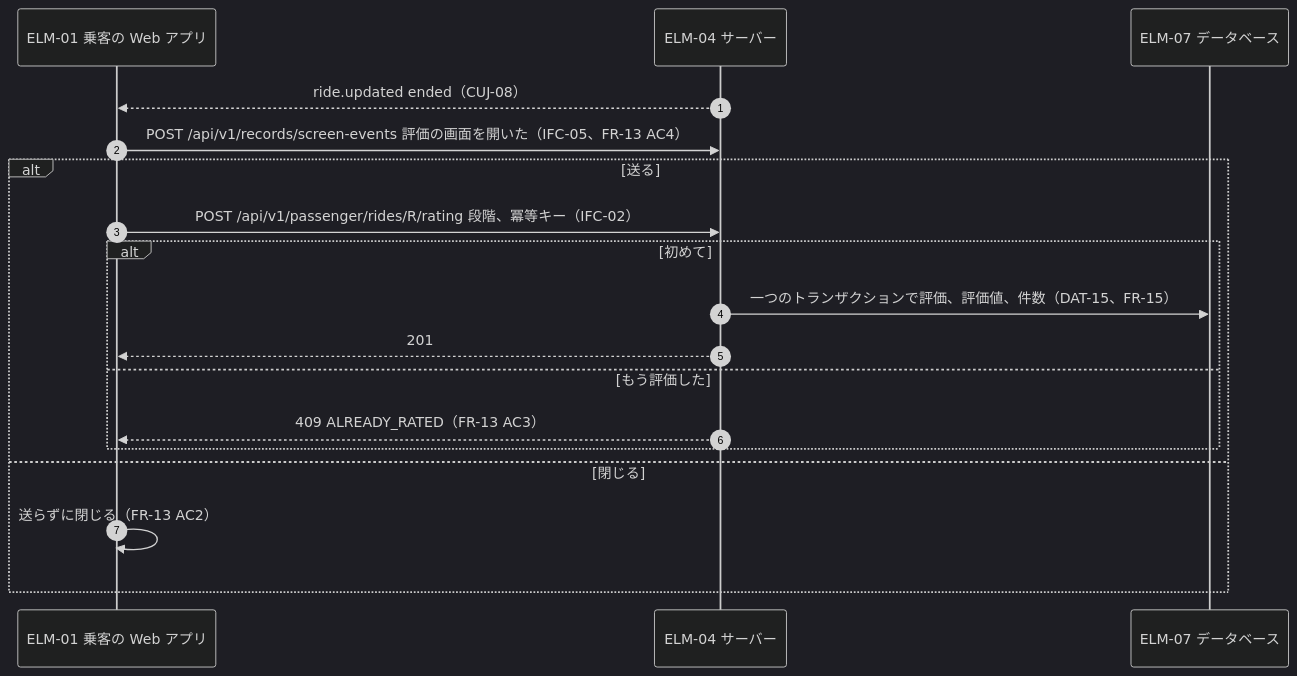
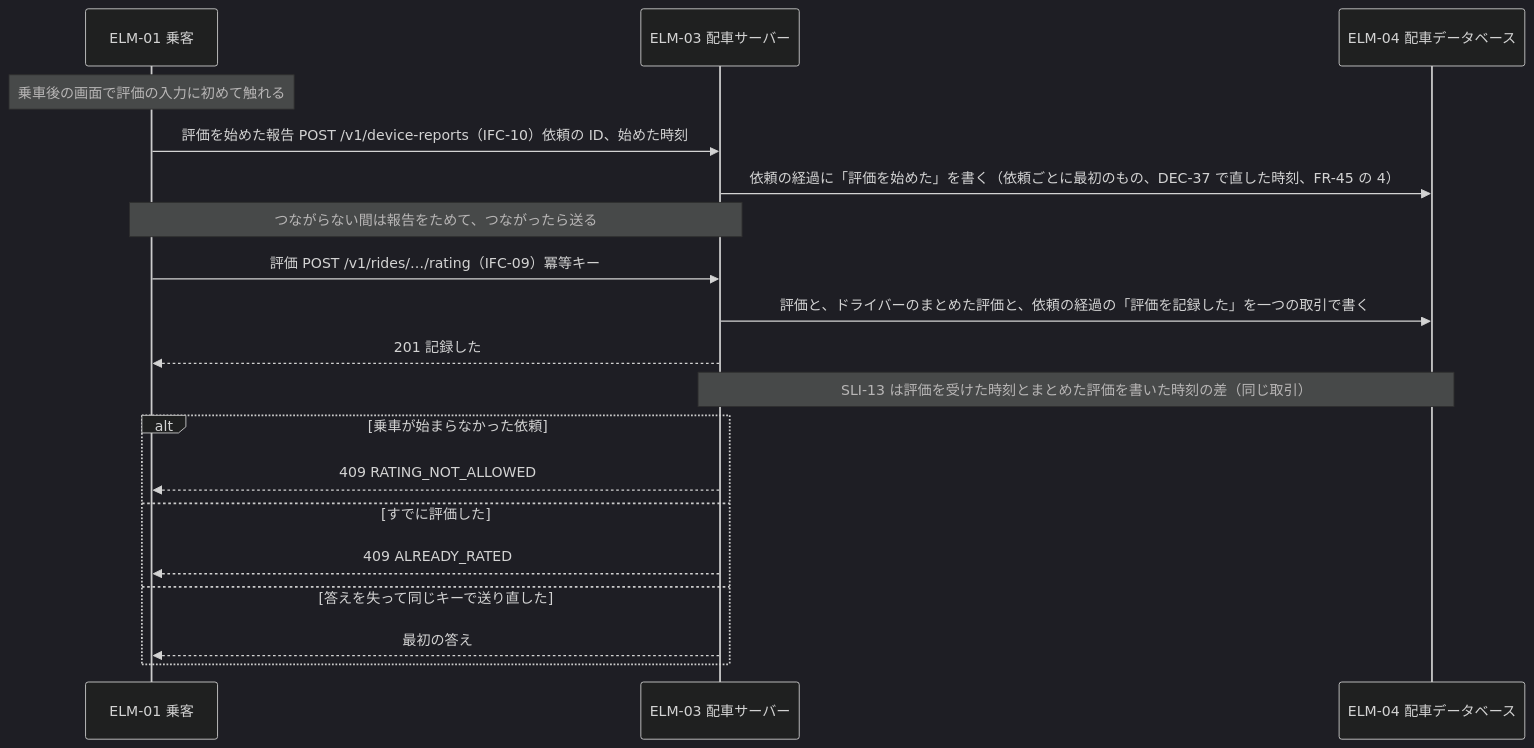
The seventh of 58 diagrams in skills/design-summary-html/evals/ride-hailing-full/files/docs/design/3-high-level-design.md (Taro000/chain-summary-html), drawn with Mermaid (dark theme) before and after one commit. The commit also changed other lines of this file and 1073 other files, not shown here.

````diff
--- a/skills/design-summary-html/evals/ride-hailing-full/files/docs/design/3-high-level-design.md
+++ b/skills/design-summary-html/evals/ride-hailing-full/files/docs/design/3-high-level-design.md
@@ -823,20 +403,21 @@
 ```mermaid
 sequenceDiagram
-  autonumber
-  participant PA as ELM-01 乗客の Web アプリ
-  participant SRV as ELM-04 サーバー
-  participant DB as ELM-07 データベース
-  SRV-->>PA: ride.updated ended（CUJ-08）
-  PA->>SRV: POST /api/v1/records/screen-events 評価の画面を開いた（IFC-05、FR-13 AC4）
-  alt 送る
-    PA->>SRV: POST /api/v1/passenger/rides/R/rating 段階、冪等キー（IFC-02）
-    alt 初めて
-      SRV->>DB: 一つのトランザクションで評価、評価値、件数（DAT-15、FR-15）
-      SRV-->>PA: 201
-    else もう評価した
-      SRV-->>PA: 409 ALREADY_RATED（FR-13 AC3）
-    end
-  else 閉じる
-    PA->>PA: 送らずに閉じる（FR-13 AC2）
+  participant P as ELM-01 乗客
+  participant S as ELM-03 配車サーバー
+  participant DB as ELM-04 配車データベース
+  Note over P: 乗車後の画面で評価の入力に初めて触れる
+  P->>S: 評価を始めた報告 POST /v1/device-reports（IFC-10）依頼の ID、始めた時刻
+  S->>DB: 依頼の経過に「評価を始めた」を書く（依頼ごとに最初のもの、DEC-37 で直した時刻、FR-45 の 4）
+  Note over P,S: つながらない間は報告をためて、つながったら送る
+  P->>S: 評価 POST /v1/rides/…/rating（IFC-09）冪等キー
+  S->>DB: 評価と、ドライバーのまとめた評価と、依頼の経過の「評価を記録した」を一つの取引で書く
+  S-->>P: 201 記録した
+  Note over S,DB: SLI-13 は評価を受けた時刻とまとめた評価を書いた時刻の差（同じ取引）
+  alt 乗車が始まらなかった依頼
+    S-->>P: 409 RATING_NOT_ALLOWED
+  else すでに評価した
+    S-->>P: 409 ALREADY_RATED
+  else 答えを失って同じキーで送り直した
+    S-->>P: 最初の答え
   end
 ```
````
